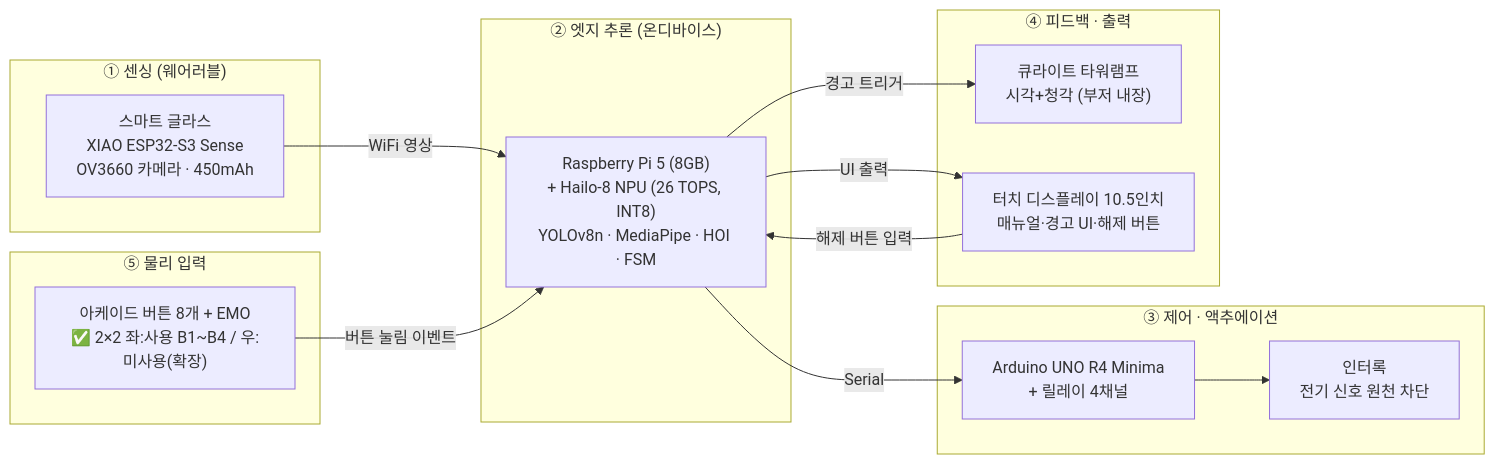
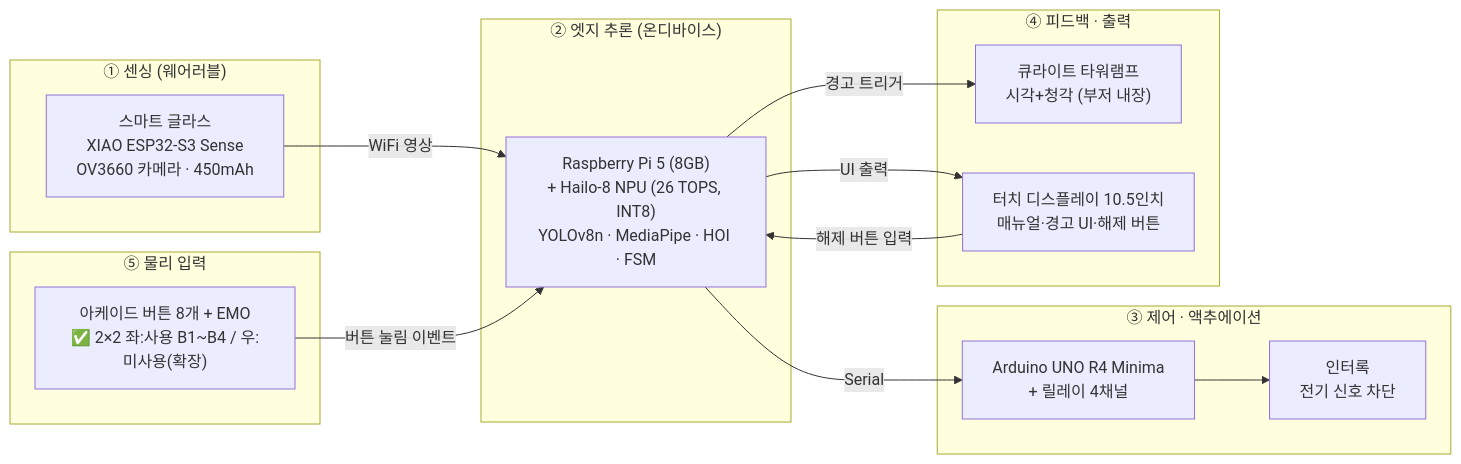
Before and after one commit to kimem9859-arch/sop-project: the first of 6 diagrams in docs/통합수행설계문서_전체_섹션1-15.md, drawn with Mermaid. The commit also changed other lines of this file, not shown here.

````diff
--- a/docs/통합수행설계문서_전체_섹션1-15.md
+++ b/docs/통합수행설계문서_전체_섹션1-15.md
@@ -181,27 +183,27 @@
 ```mermaid
 flowchart LR
     subgraph S1["① 센싱 (웨어러블)"]
         GLASS["스마트 글라스<br/>XIAO ESP32-S3 Sense<br/>OV3660 카메라 · 450mAh"]
     end
     subgraph S2["② 엣지 추론 (온디바이스)"]
         RPI["Raspberry Pi 5 (8GB)<br/>+ Hailo-8 NPU (26 TOPS, INT8)<br/>YOLOv8n · MediaPipe · HOI · FSM"]
     end
     subgraph S3["③ 제어 · 액추에이션"]
         ARD["Arduino UNO R4 Minima<br/>+ 릴레이 4채널"]
-        INTL["인터록<br/>전기 신호 원천 차단"]
+        INTL["인터록<br/>전기 신호 차단"]
     end
     subgraph S4["④ 피드백 · 출력"]
         TOWER["큐라이트 타워램프<br/>시각+청각 (부저 내장)"]
         DISP["터치 디스플레이 10.5인치<br/>매뉴얼·경고 UI·해제 버튼"]
     end
     subgraph S5["⑤ 물리 입력"]
         BTN["아케이드 버튼 8개 + EMO<br/>✅ 2×2 좌:사용 B1~B4 / 우:미사용(확장)"]
     end
     GLASS -->|WiFi 영상| RPI
     RPI -->|Serial| ARD
     ARD --> INTL
     RPI -->|경고 트리거| TOWER
     RPI -->|UI 출력| DISP
     BTN -->|버튼 눌림 이벤트| RPI
     DISP -->|해제 버튼 입력| RPI
 ```
````
